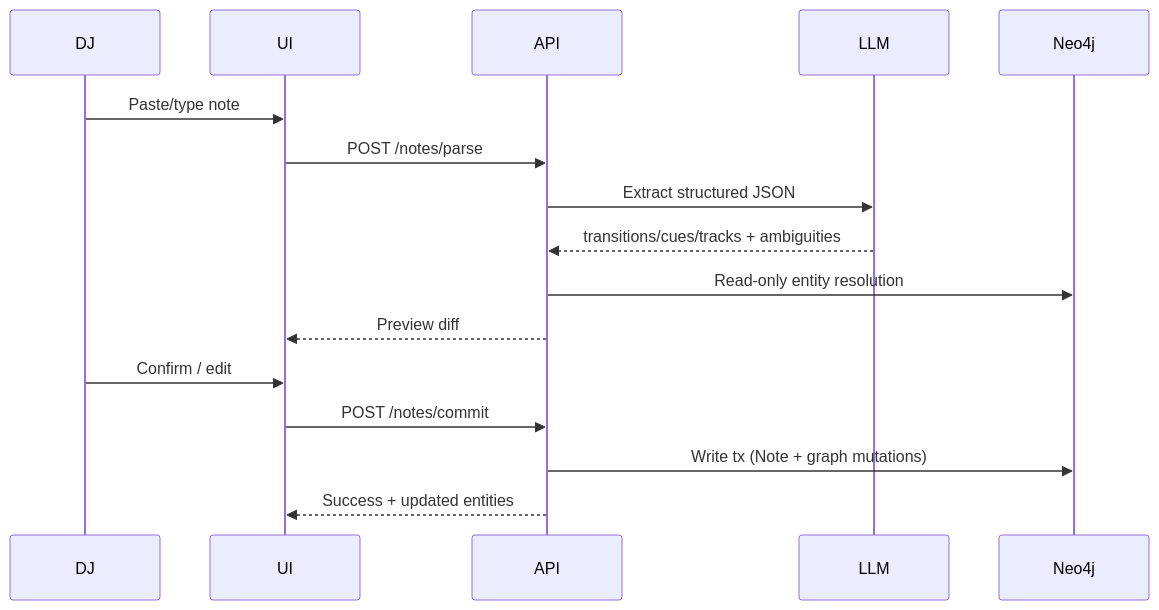
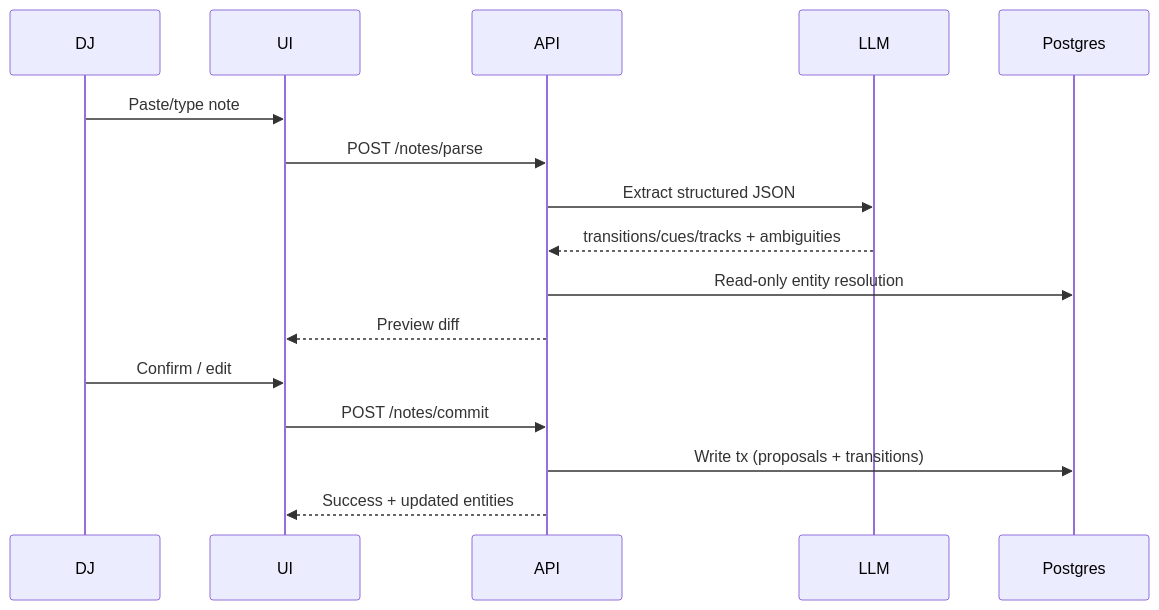
One commit to astradzhao/selecta changed the first of 2 diagrams in dev-files/ARCHITECTURE.md. Above: the diagram before and after it, drawn with Mermaid. The commit also changed other lines of this file and 40 other files, not shown here.

````diff
--- a/dev-files/ARCHITECTURE.md
+++ b/dev-files/ARCHITECTURE.md
@@ -565,19 +536,19 @@
 ```mermaid
 sequenceDiagram
   participant DJ
   participant UI
   participant API
   participant LLM
-  participant Neo4j
+  participant PG as Postgres
 
   DJ->>UI: Paste/type note
   UI->>API: POST /notes/parse
   API->>LLM: Extract structured JSON
   LLM-->>API: transitions/cues/tracks + ambiguities
-  API->>Neo4j: Read-only entity resolution
+  API->>PG: Read-only entity resolution
   API-->>UI: Preview diff
   DJ->>UI: Confirm / edit
   UI->>API: POST /notes/commit
-  API->>Neo4j: Write tx (Note + graph mutations)
+  API->>PG: Write tx (proposals + transitions)
   API-->>UI: Success + updated entities
 ```
````
